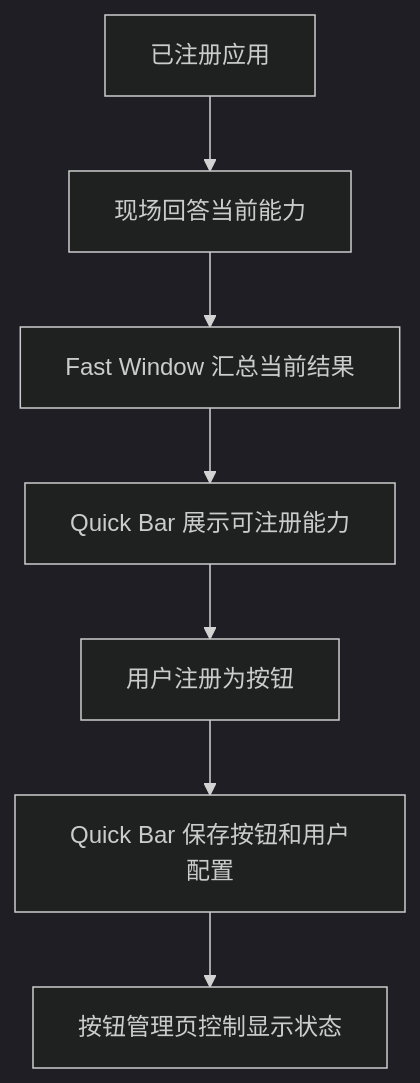
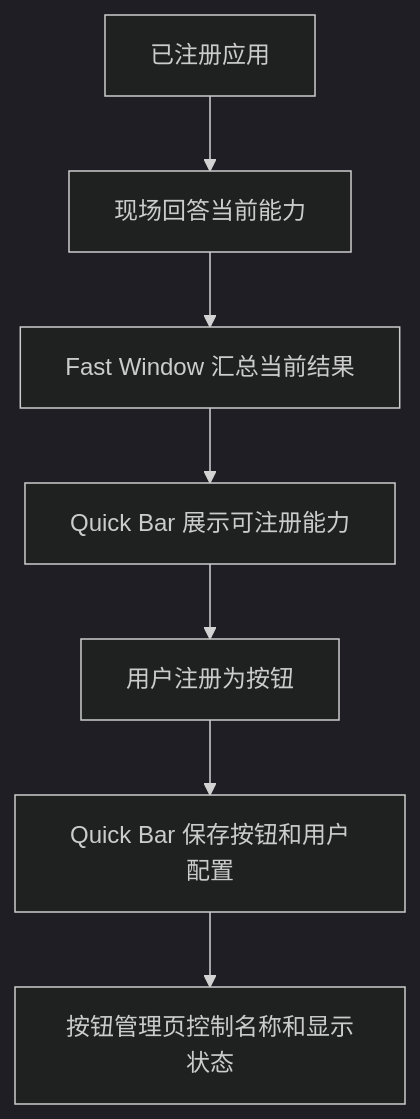
The second of 2 diagrams in apps/quick-bar/README.md (noelle-silva/fast-window), drawn with Mermaid (dark theme) before and after one commit. The commit also changed other lines of this file and 7 other files, not shown here.

````diff
--- a/apps/quick-bar/README.md
+++ b/apps/quick-bar/README.md
@@ -41,9 +41,9 @@
 ```mermaid
 flowchart TD
   A[已注册应用] --> B[现场回答当前能力]
   B --> C[Fast Window 汇总当前结果]
   C --> D[Quick Bar 展示可注册能力]
   D --> E[用户注册为按钮]
   E --> F[Quick Bar 保存按钮和用户配置]
-  F --> G[按钮管理页控制显示状态]
+  F --> G[按钮管理页控制名称和显示状态]
 ```
````
